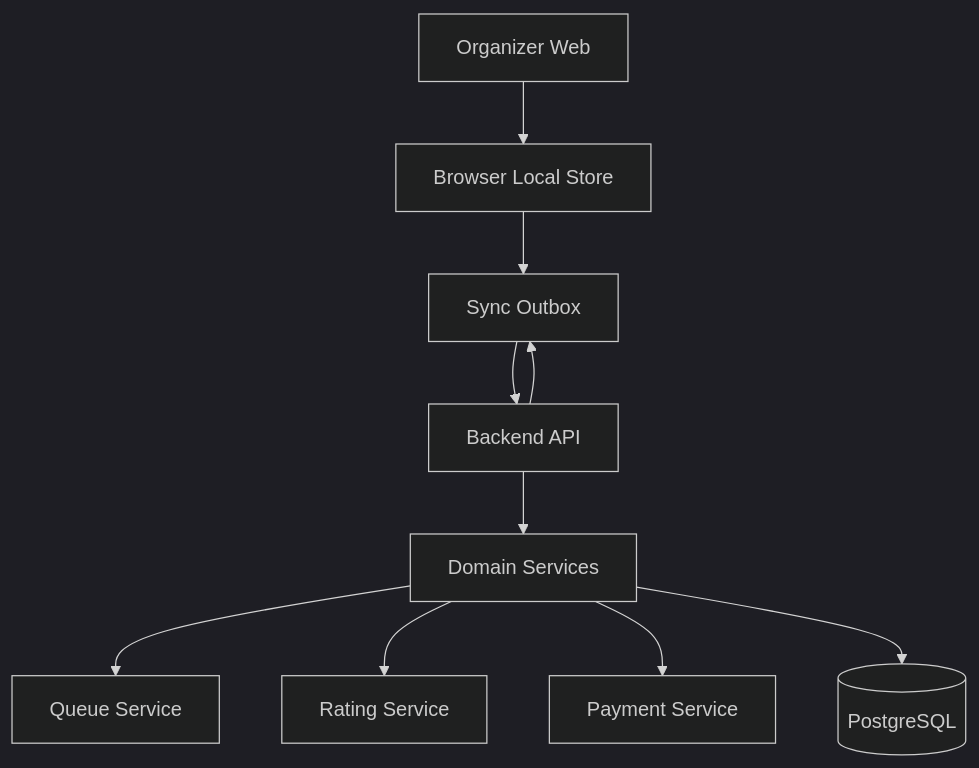
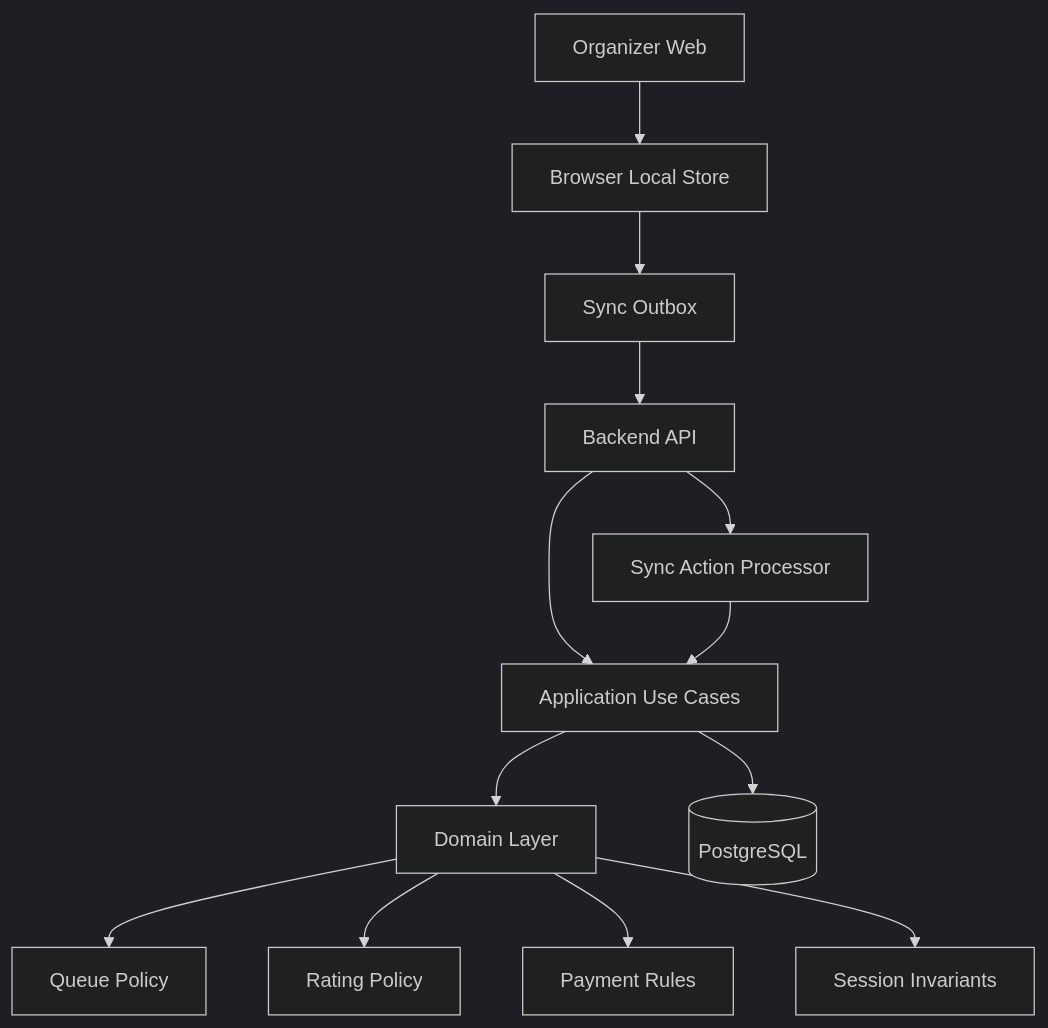
Before and after one commit to jrpespinas/Top-Seed: the first of 3 diagrams in docs/specs/architecture.md, drawn with Mermaid (dark theme). The commit also changed other lines of this file and 53 other files, not shown here.

````diff
--- a/docs/specs/architecture.md
+++ b/docs/specs/architecture.md
@@ -32,12 +34,15 @@
 ```mermaid
 flowchart TD
     OrganizerWeb[Organizer Web] --> LocalStore[Browser Local Store]
     LocalStore --> Outbox[Sync Outbox]
     Outbox --> Api[Backend API]
-    Api --> Outbox
-    Api --> Domain[Domain Services]
-    Domain --> QueueService[Queue Service]
-    Domain --> RatingService[Rating Service]
-    Domain --> PaymentService[Payment Service]
-    Domain --> Database[(PostgreSQL)]
+    Api --> UseCases[Application Use Cases]
+    Api --> SyncProcessor[Sync Action Processor]
+    SyncProcessor --> UseCases
+    UseCases --> Domain[Domain Layer]
+    Domain --> QueueService[Queue Policy]
+    Domain --> RatingService[Rating Policy]
+    Domain --> PaymentService[Payment Rules]
+    Domain --> SessionRules[Session Invariants]
+    UseCases --> Database[(PostgreSQL)]
 ```
````
